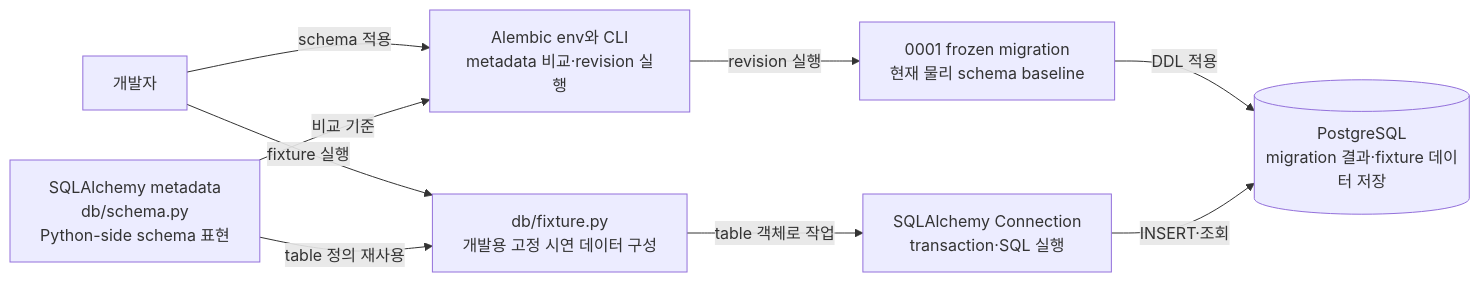
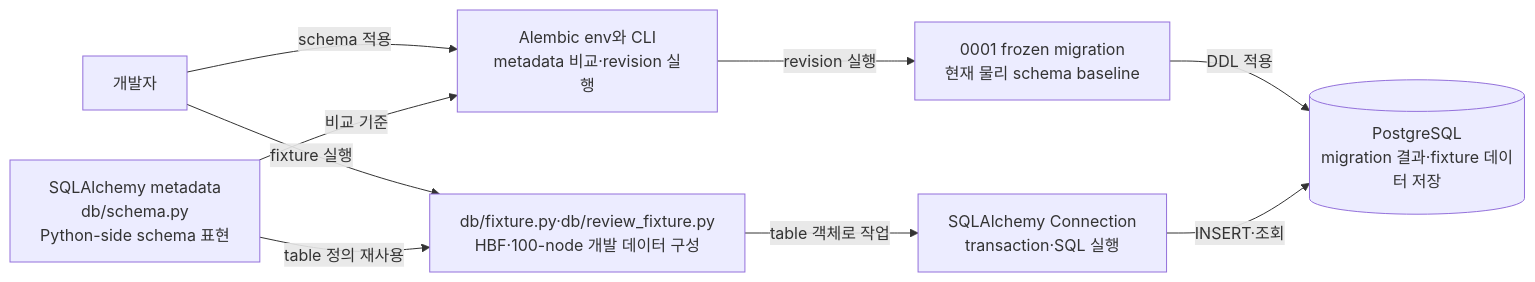
Before and after one commit to studylida/ontology-map: the fourth of 4 diagrams in docs/architecture/README.md, drawn with Mermaid. The commit also changed other lines of this file and 10 other files, not shown here.

````diff
--- a/docs/architecture/README.md
+++ b/docs/architecture/README.md
@@ -79,14 +79,14 @@
 ```mermaid
 flowchart LR
     Developer[개발자]
     Metadata[SQLAlchemy metadata<br/>db/schema.py<br/>Python-side schema 표현]
     Alembic[Alembic env와 CLI<br/>metadata 비교·revision 실행]
     Migration[0001 frozen migration<br/>현재 물리 schema baseline]
-    Fixture[db/fixture.py<br/>개발용 고정 시연 데이터 구성]
+    Fixture[db/fixture.py·db/review_fixture.py<br/>HBF·100-node 개발 데이터 구성]
     Connection[SQLAlchemy Connection<br/>transaction·SQL 실행]
     DB[(PostgreSQL<br/>migration 결과·fixture 데이터 저장)]
     Developer -->|schema 적용| Alembic -->|revision 실행| Migration -->|DDL 적용| DB
     Metadata -->|비교 기준| Alembic
     Developer -->|fixture 실행| Fixture -->|table 객체로 작업| Connection -->|INSERT·조회| DB
     Metadata -->|table 정의 재사용| Fixture
 ```
````
